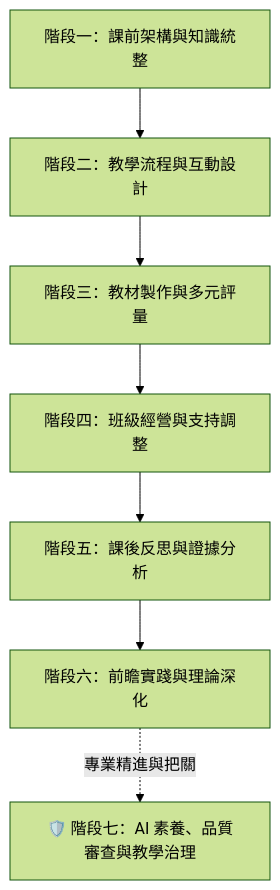
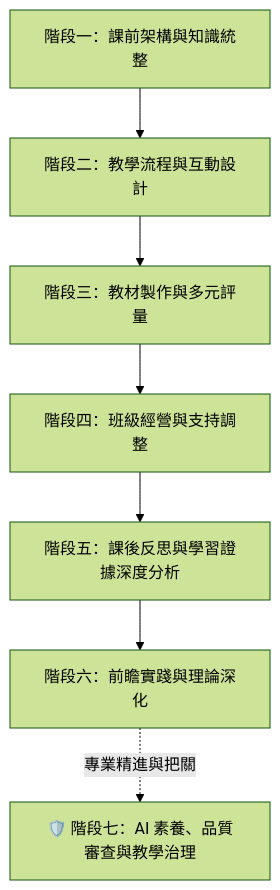
One commit to puti001/puti-ai-lesson-prep changed the diagram in 素養導向AI備課實戰指南.md. Above: the diagram before and after it, drawn with Mermaid (forest theme). The commit also changed other lines of this file and 1 other file, not shown here.

````diff
--- a/素養導向AI備課實戰指南.md
+++ b/素養導向AI備課實戰指南.md
@@ -13,9 +13,9 @@
 ```mermaid
 graph TD
     A[階段一：課前架構與知識統整] --> B[階段二：教學流程與互動設計]
     B --> C[階段三：教材製作與多元評量]
     C --> D[階段四：班級經營與支持調整]
-    D --> E[階段五：課後反思與證據分析]
+    D --> E[階段五：課後反思與學習證據深度分析]
     E --> F[階段六：前瞻實踐與理論深化]
     F -.->|專業精進與把關| G[🛡️ 階段七：AI 素養、品質審查與教學治理]
 ```
````
